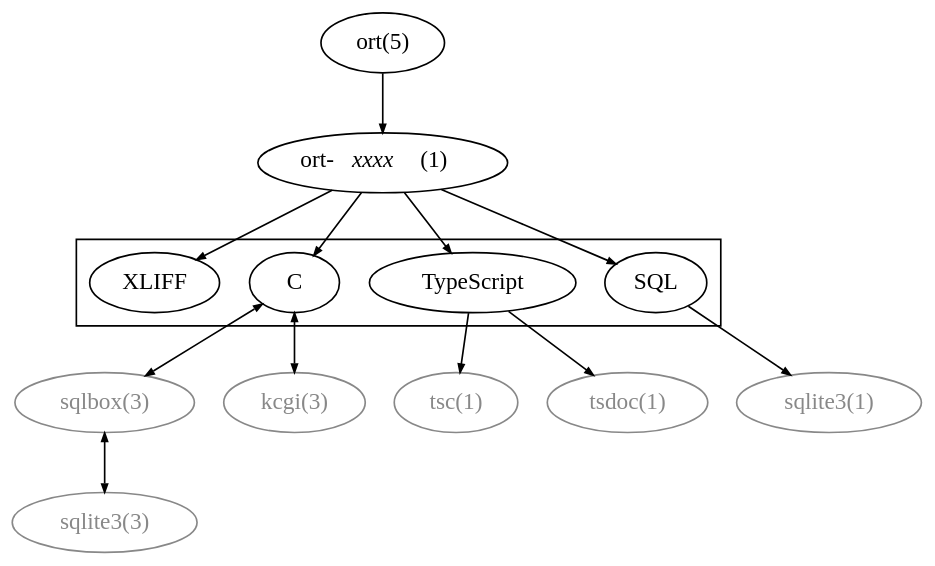
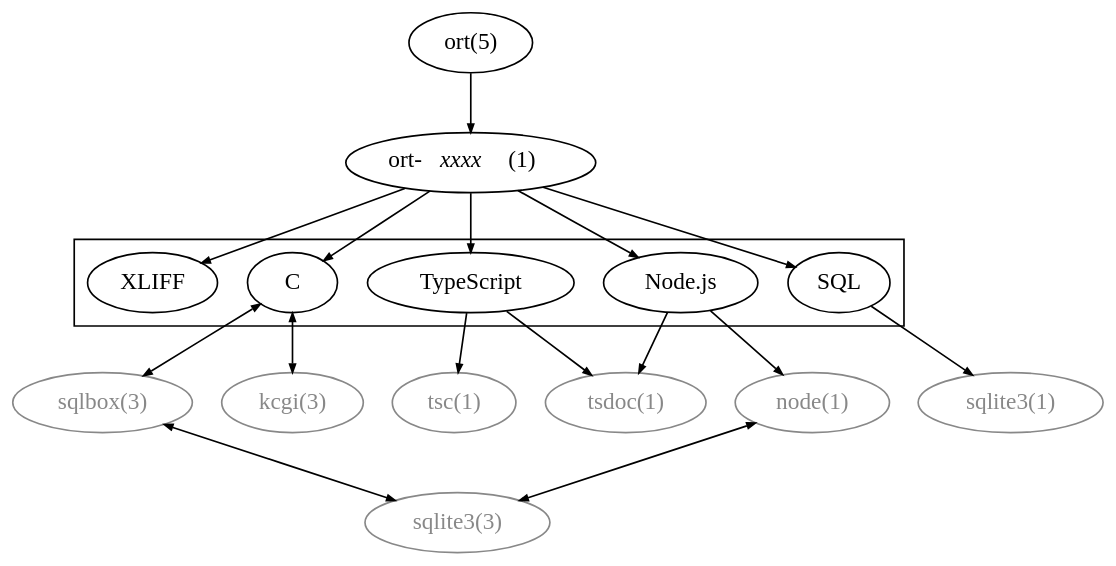
The diagram in index.dot (kristapsdz/openradtool), drawn with Graphviz before and after one commit. The commit also changed 4 other files, not shown here.

```diff
--- a/index.dot
+++ b/index.dot
@@ -1,43 +1,51 @@
 digraph {
 	edge [arrowsize="0.5";];
 	bgcolor="transparent";
 	splines=false;
 
 	cfg[label="ort(5)"];
 	bin[label=< ort-<I>xxxx</I>&nbsp;&nbsp;(1) >];
 
 	{ rank=same; cfg; }
 	{ rank=same; bin; }
 
 	subgraph cluster0 {
 		{ rank=same; src; js; sql; }
 		src[label="C"];
 		js[label="TypeScript"];
+		njs[label="Node.js"];
 		sql[label="SQL"];
 		xliff[label="XLIFF"];
 	}
 	cfg -> bin;
 	bin -> src;
 	bin -> js;
+	bin -> njs;
 	bin -> sql;
 	bin -> xliff;
 
 	{ rank=same; sqlbox; kcgi; sqlite1; tsc; tsdoc; }
 	{ rank=same; sqlite; }
 
 	sqlite1[label="sqlite3(1)", fontcolor="#888888", color="#888888"];
 	tsc[label="tsc(1)", fontcolor="#888888", color="#888888"];
 	tsdoc[label="tsdoc(1)", fontcolor="#888888", color="#888888"];
+	nodejs[label="node(1)", fontcolor="#888888", color="#888888"];
 	kcgi[label="kcgi(3)", fontcolor="#888888", color="#888888"];
 	sqlbox[label="sqlbox(3)", fontcolor="#888888", color="#888888"];
 	sqlite[label="sqlite3(3)", fontcolor="#888888", color="#888888"];
 
 	sql -> sqlite1;
 
 	js -> tsc;
 	js -> tsdoc;
 
+	njs -> nodejs;
+	njs -> tsdoc;
+
+	nodejs -> sqlite[dir="both"];
+
 	src -> sqlbox[dir="both"];
 	src -> kcgi[dir="both"];
 	sqlbox -> sqlite[dir="both"];
 }
```
